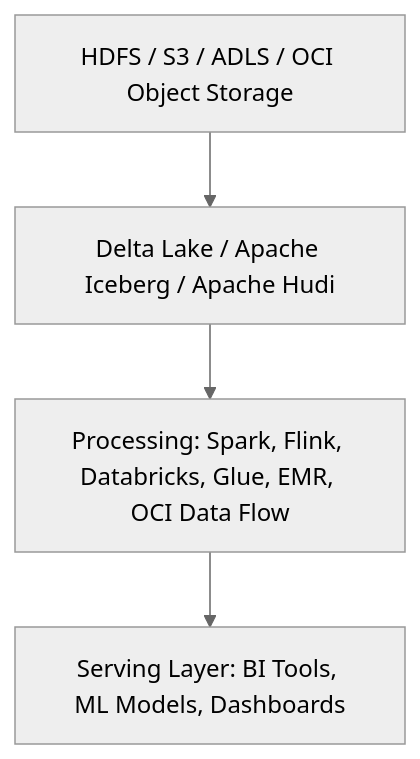
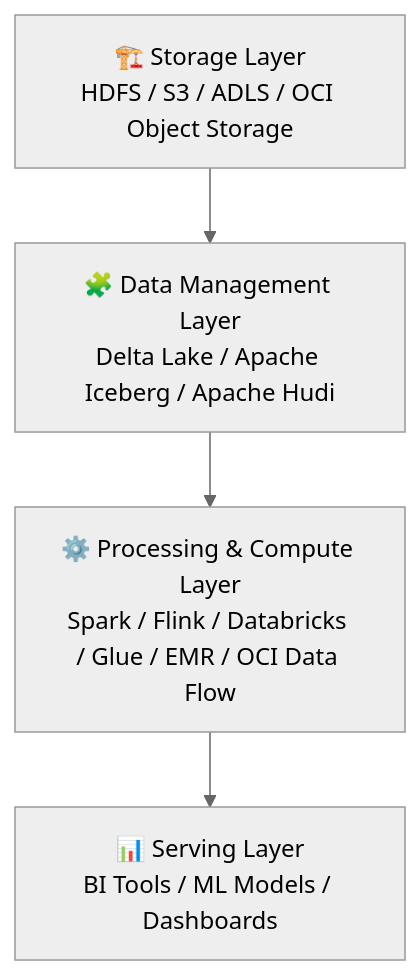
The first of 3 diagrams in bigdata.md (aeishwarymishra/experiment-bigdata), drawn with Mermaid (neutral theme) before and after one commit.

````diff
--- a/bigdata.md
+++ b/bigdata.md
@@ -1,6 +1,21 @@
 ```mermaid
+%% -------------------------------------------------------------------
+%% DATA STORAGE + PROCESSING LAYERS
+%% -------------------------------------------------------------------
 graph TD
-    A[HDFS / S3 / ADLS / OCI Object Storage] --> B[Delta Lake / Apache Iceberg / Apache Hudi]
-    B --> C[Processing: Spark, Flink, Databricks, Glue, EMR, OCI Data Flow]
-    C --> D[Serving Layer: BI Tools, ML Models, Dashboards]
+    %% Raw storage layer
+    A[🏗️ Storage Layer<br/>HDFS / S3 / ADLS / OCI Object Storage]
+    %% Unified transactional layer
+    A --> B[🧩 Data Management Layer<br/>Delta Lake / Apache Iceberg / Apache Hudi]
+    %% Processing engines
+    B --> C[⚙️ Processing & Compute Layer<br/>Spark / Flink / Databricks / Glue / EMR / OCI Data Flow]
+    %% Serving and analytics
+    C --> D[📊 Serving Layer<br/>BI Tools / ML Models / Dashboards]
+
+    %% Comments
+    %% A = where raw data lands (cheap, scalable storage)
+    %% B = adds ACID, schema, and versioning to make lakes reliable
+    %% C = transforms, aggregates, and enriches data
+    %% D = delivers insights to business or ML systems
+
 ```
````
